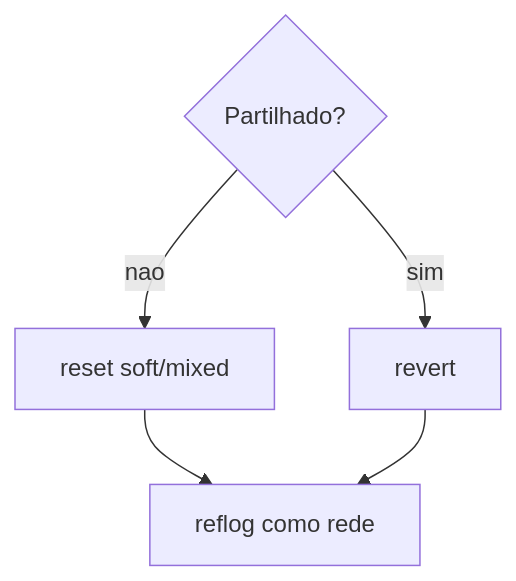
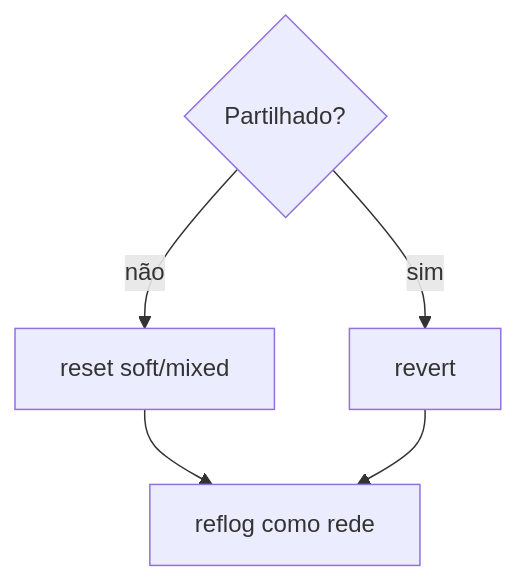
Before and after one commit to BerniloBernardo-boot/Git-e-GitHub: the second of 2 diagrams in 09-Git-Avancado/01-reset-revert-reflog.md, drawn with Mermaid. The commit also changed other lines of this file and 13 other files, not shown here.

Commit message:
docs: traduz elementos explicativos dos diagramas para PT-PT

````diff
--- a/09-Git-Avancado/01-reset-revert-reflog.md
+++ b/09-Git-Avancado/01-reset-revert-reflog.md
@@ -118,6 +118,6 @@
 ```mermaid
 flowchart TD
-    Q{"Partilhado?"} -->|nao| R["reset soft/mixed"]
+    Q{"Partilhado?"} -->|não| R["reset soft/mixed"]
     Q -->|sim| V["revert"]
     R & V --> G["reflog como rede"]
 ```
````
